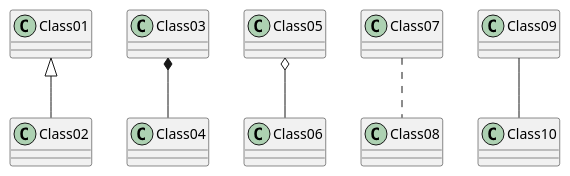
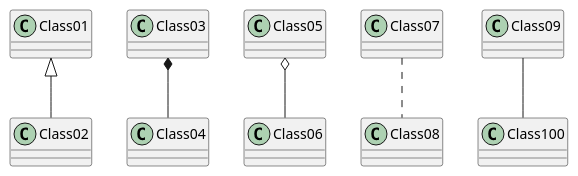
One commit to hqzxjczx/personal-knowladge-practice changed the diagram in puml.md. Above: the diagram before and after it, drawn with PlantUML.

````diff
--- a/puml.md
+++ b/puml.md
@@ -1,9 +1,9 @@
 ```puml
 @startuml
 Class01 <|-- Class02
 Class03 *-- Class04
 Class05 o-- Class06
 Class07 .. Class08
-Class09 -- Class10
+Class09 -- Class100
 @enduml
 ```
````
